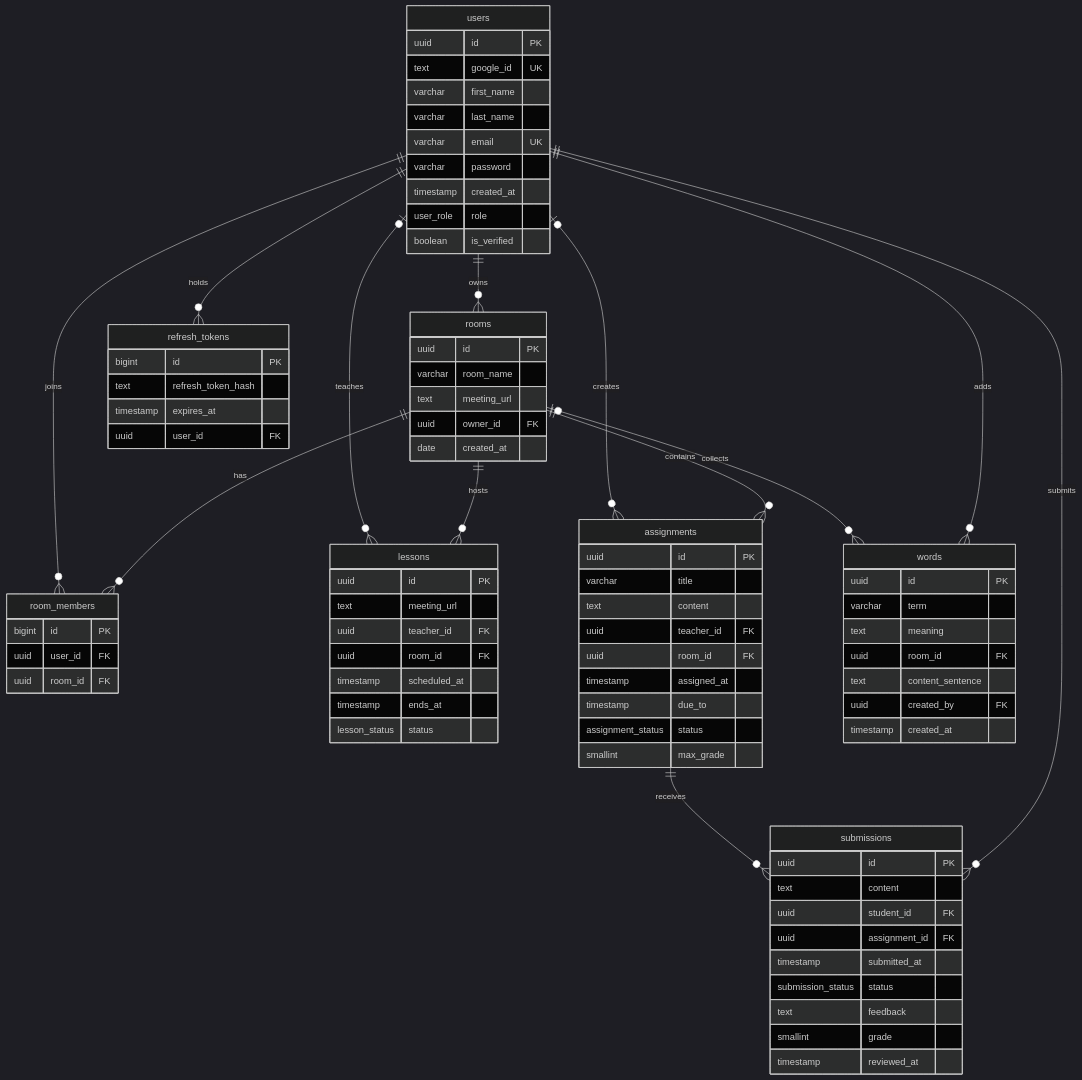
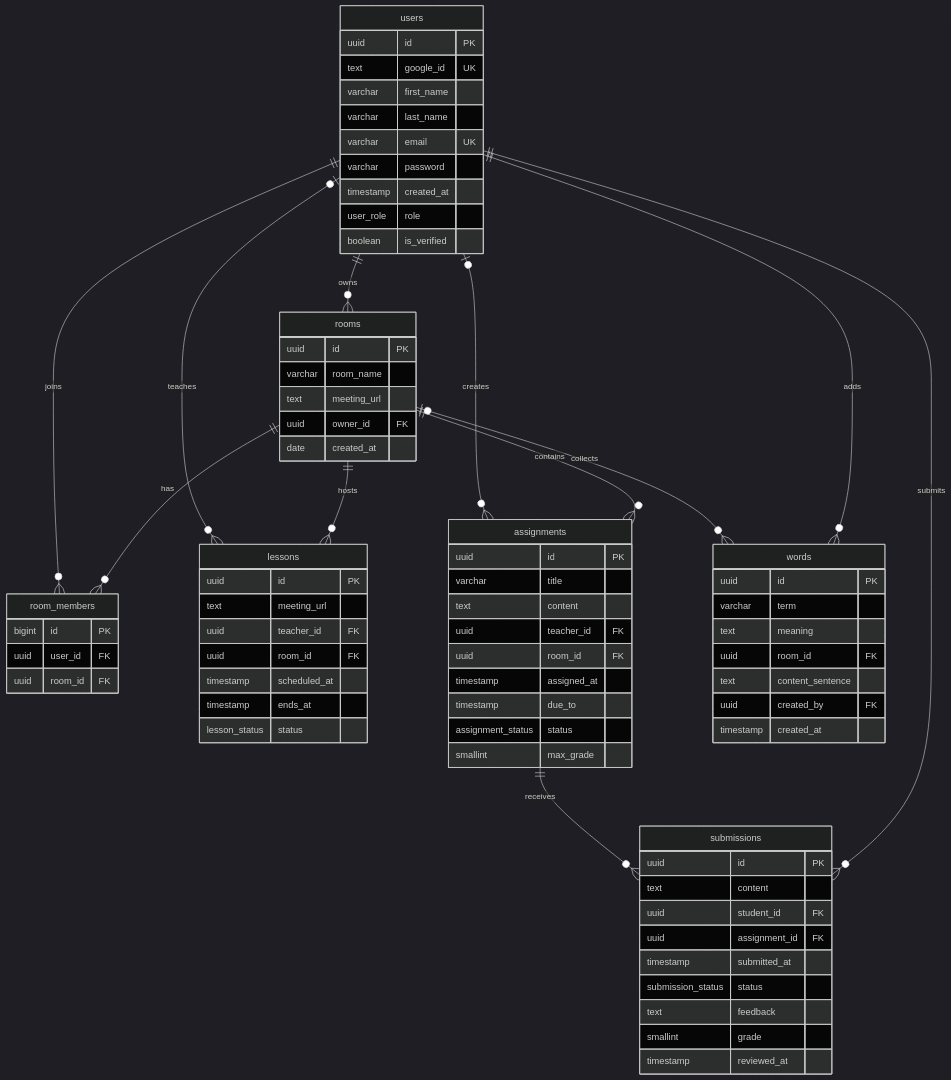
The diagram in apps/api/docs/database.md (feddevv/linguistix), drawn with Mermaid (dark theme) before and after one commit. The commit also changed other lines of this file and 1 other file, not shown here.

Commit message:
docs: update OpenAPI and database documentation for refresh token handling

````diff
--- a/apps/api/docs/database.md
+++ b/apps/api/docs/database.md
@@ -35,7 +34,6 @@
     users ||--o{ submissions    : "submits"
     rooms |o--o{ words          : "collects"
     users ||--o{ words          : "adds"
-    users ||--o{ refresh_tokens : "holds"
 
     users {
         uuid      id PK
@@ -106,11 +104,4 @@
         uuid      created_by FK
         timestamp created_at
     }
-
-    refresh_tokens {
-        bigint    id PK
-        text      refresh_token_hash
-        timestamp expires_at
-        uuid      user_id FK
-    }
 ```
````
